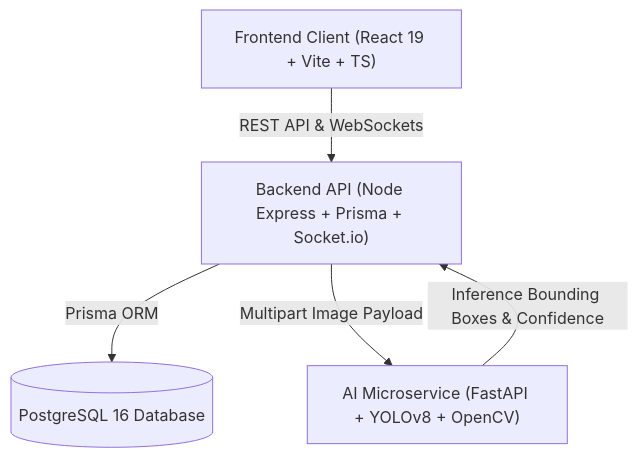
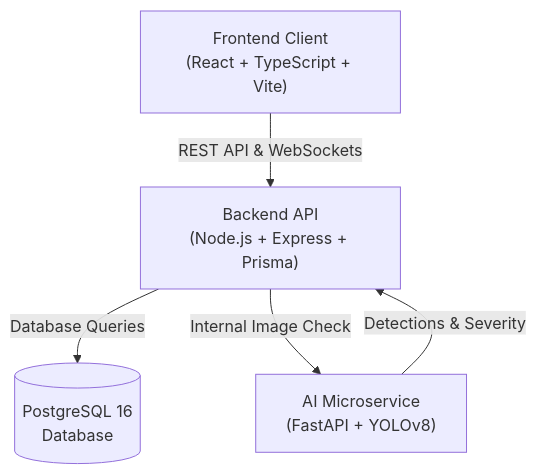
Before and after one commit to Dhara-Kerai/SafeRoad: the diagram in README.md, drawn with Mermaid. The commit also changed other lines of this file and 8 other files, not shown here.

````diff
--- a/README.md
+++ b/README.md
@@ -11,12 +110,12 @@
 ```mermaid
 graph TD
-    Client["Frontend Client (React 19 + Vite + TS)"]
-    Backend["Backend API (Node Express + Prisma + Socket.io)"]
-    Postgres[(PostgreSQL 16 Database)]
-    AIService["AI Microservice (FastAPI + YOLOv8 + OpenCV)"]
+    Client["Frontend Client\n(React + TypeScript + Vite)"]
+    Backend["Backend API\n(Node.js + Express + Prisma)"]
+    Database[("PostgreSQL 16\nDatabase")]
+    AIService["AI Microservice\n(FastAPI + YOLOv8)"]
 
     Client -->|REST API & WebSockets| Backend
-    Backend -->|Prisma ORM| Postgres
-    Backend -->|Multipart Image Payload| AIService
-    AIService -->|Inference Bounding Boxes & Confidence| Backend
+    Backend -->|Database Queries| Database
+    Backend -->|Internal Image Check| AIService
+    AIService -->|Detections & Severity| Backend
 ```
````
